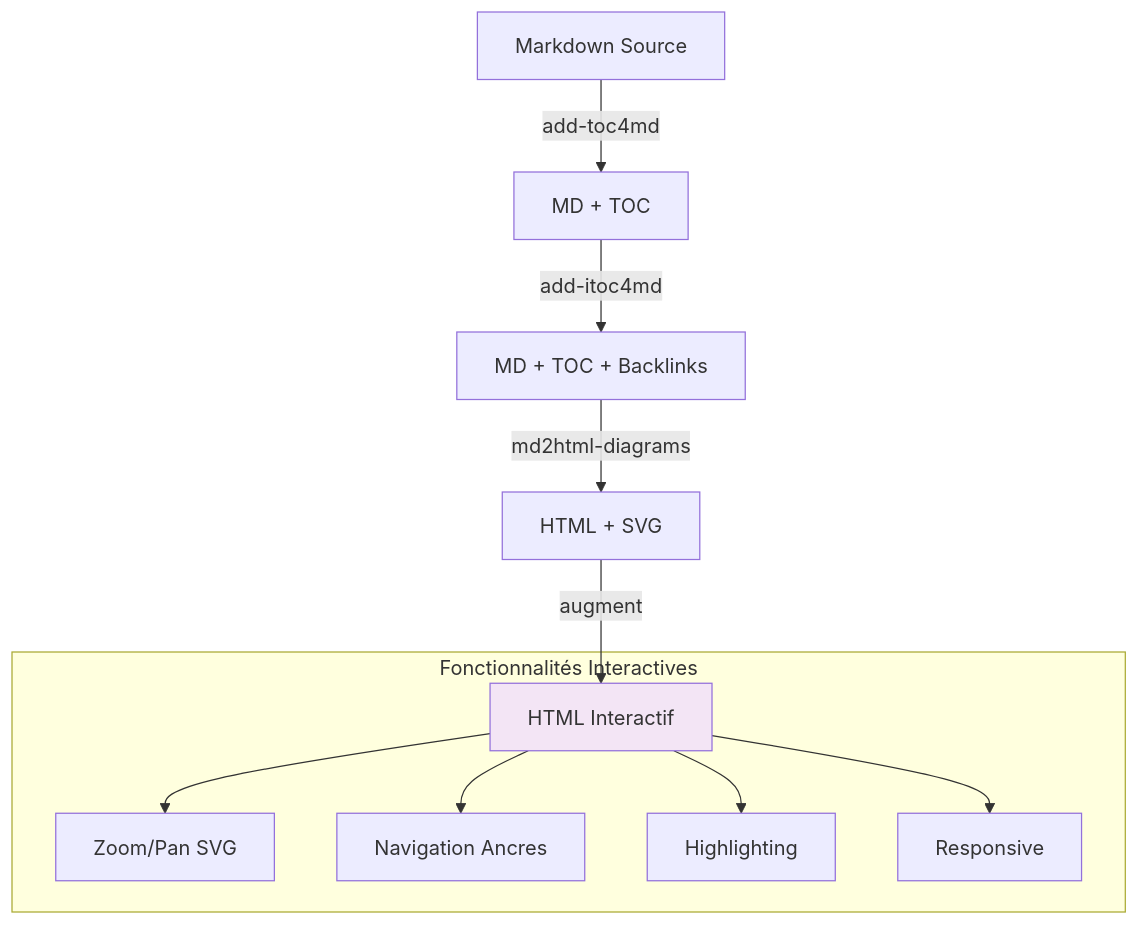
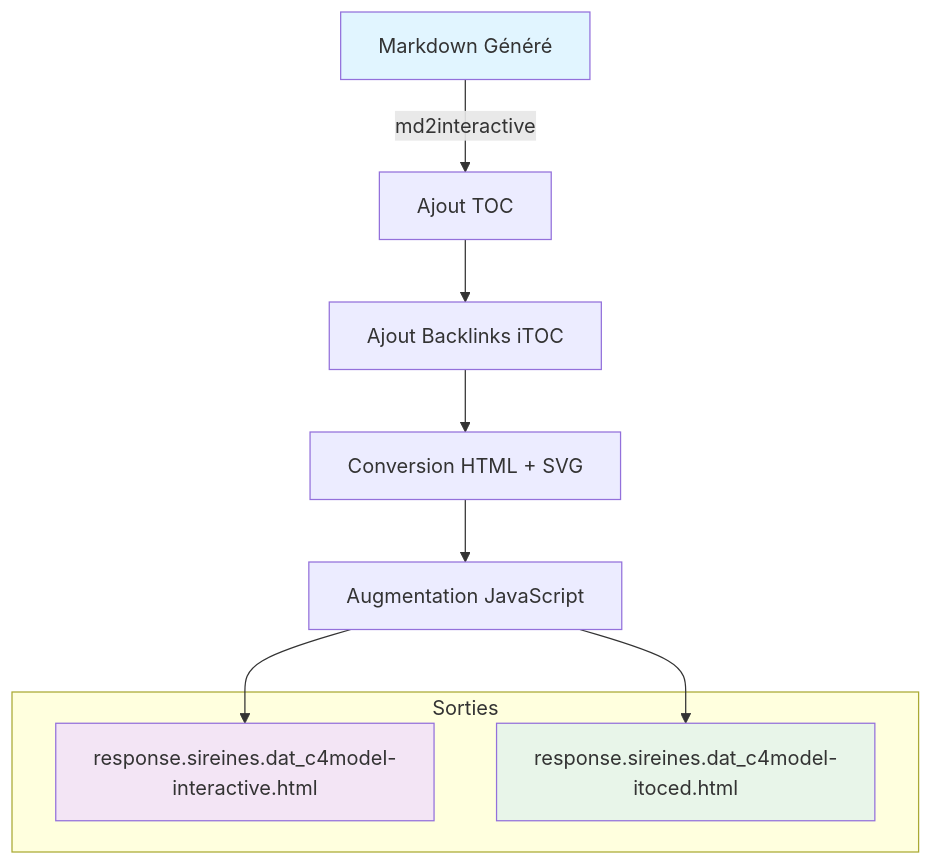
One commit to warchosian/ambulon changed the sixth of 8 diagrams in doc/sireines.automation.md. Above: the diagram before and after it, drawn with Mermaid. The commit also changed other lines of this file, not shown here.

First line of the commit message:
docs(sireines): améliore documentation automation pipeline

````diff
--- a/doc/sireines.automation.md
+++ b/doc/sireines.automation.md
@@ -291,16 +290,19 @@
 ```mermaid
-graph TB
-    A[Markdown Source] -->|add-toc4md| B[MD + TOC]
-    B -->|add-itoc4md| C[MD + TOC + Backlinks]
-    C -->|md2html-diagrams| D[HTML + SVG]
-    D -->|augment| E[HTML Interactif]
+flowchart TB
+    A[Markdown Généré] -->|md2interactive| B[Ajout TOC]
+    B --> C[Ajout Backlinks iTOC]
+    C --> D[Conversion HTML + SVG]
+    D --> E[Augmentation JavaScript]
 
-    subgraph "Fonctionnalités Interactives"
-        E --> F[Zoom/Pan SVG]
-        E --> G[Navigation Ancres]
-        E --> H[Highlighting]
-        E --> I[Responsive]
+    E --> F[HTML Interactif]
+    E --> G[HTML itoced]
+
+    subgraph "Sorties"
+        F[response.sireines.dat_c4model-interactive.html]
+        G[response.sireines.dat_c4model-itoced.html]
     end
 
-    style E fill:#f3e5f5
+    style A fill:#e1f5ff
+    style F fill:#f3e5f5
+    style G fill:#e8f5e9
 ```
````
